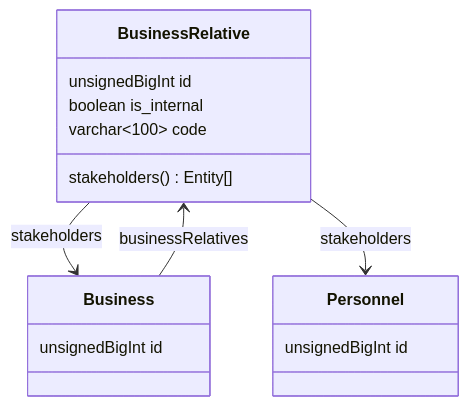
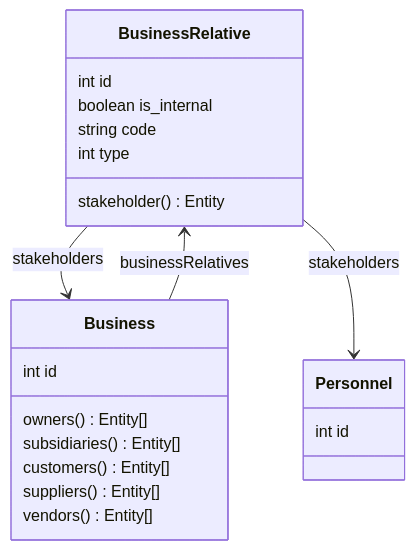
Before and after one commit to creasico/laravel-base: the third of 7 diagrams in database/README.md, drawn with Mermaid. The commit also changed other lines of this file, not shown here.

````diff
--- a/database/README.md
+++ b/database/README.md
@@ -191,19 +192,25 @@
 ```mermaid
 classDiagram
      BusinessRelative --> Business : stakeholders
      BusinessRelative --> Personnel : stakeholders
      Business --> BusinessRelative : businessRelatives
 
     class Business~Entity~ {
-        unsignedBigInt id
+        int id
+        owners() Entity[]
+        subsidiaries() Entity[]
+        customers() Entity[]
+        suppliers() Entity[]
+        vendors() Entity[]
     }
     class Personnel~Entity~ {
-        unsignedBigInt id
+        int id
     }
     class BusinessRelative {
-        unsignedBigInt id
+        int id
         boolean is_internal
-        varchar~100~ code
-        stakeholders() Entity[]
+        string code
+        int type
+        stakeholder() Entity
     }
 ```
````
